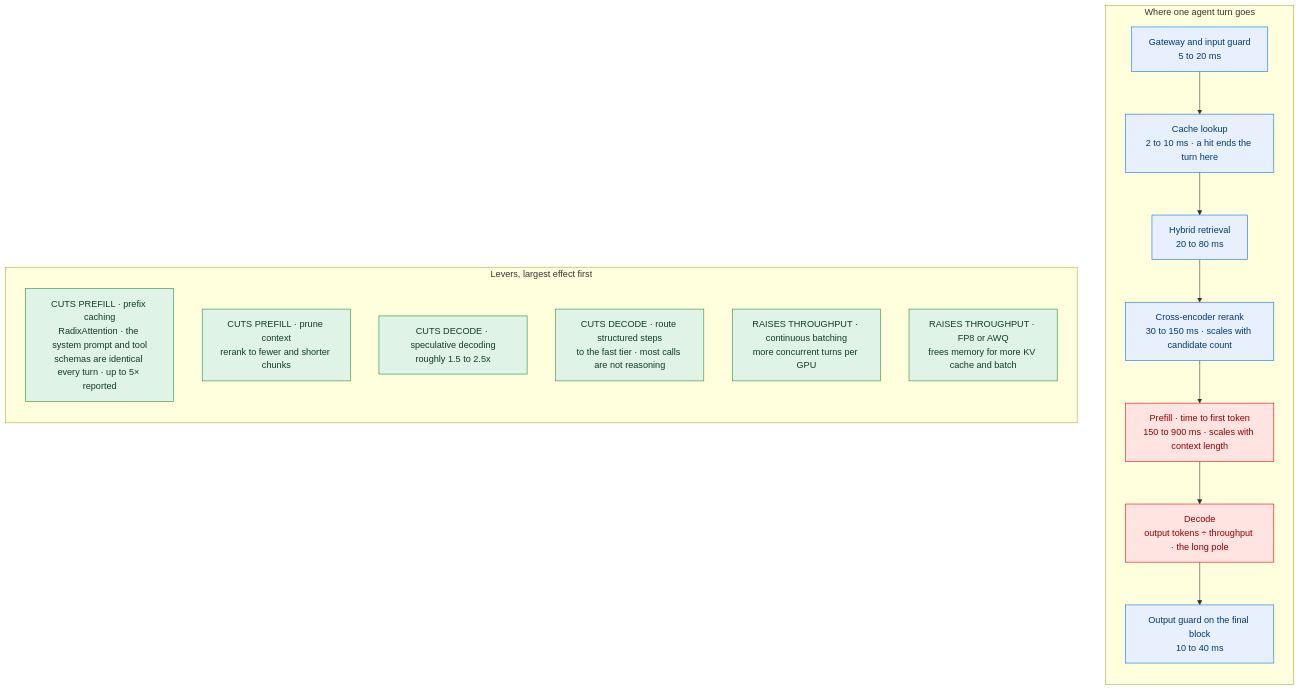
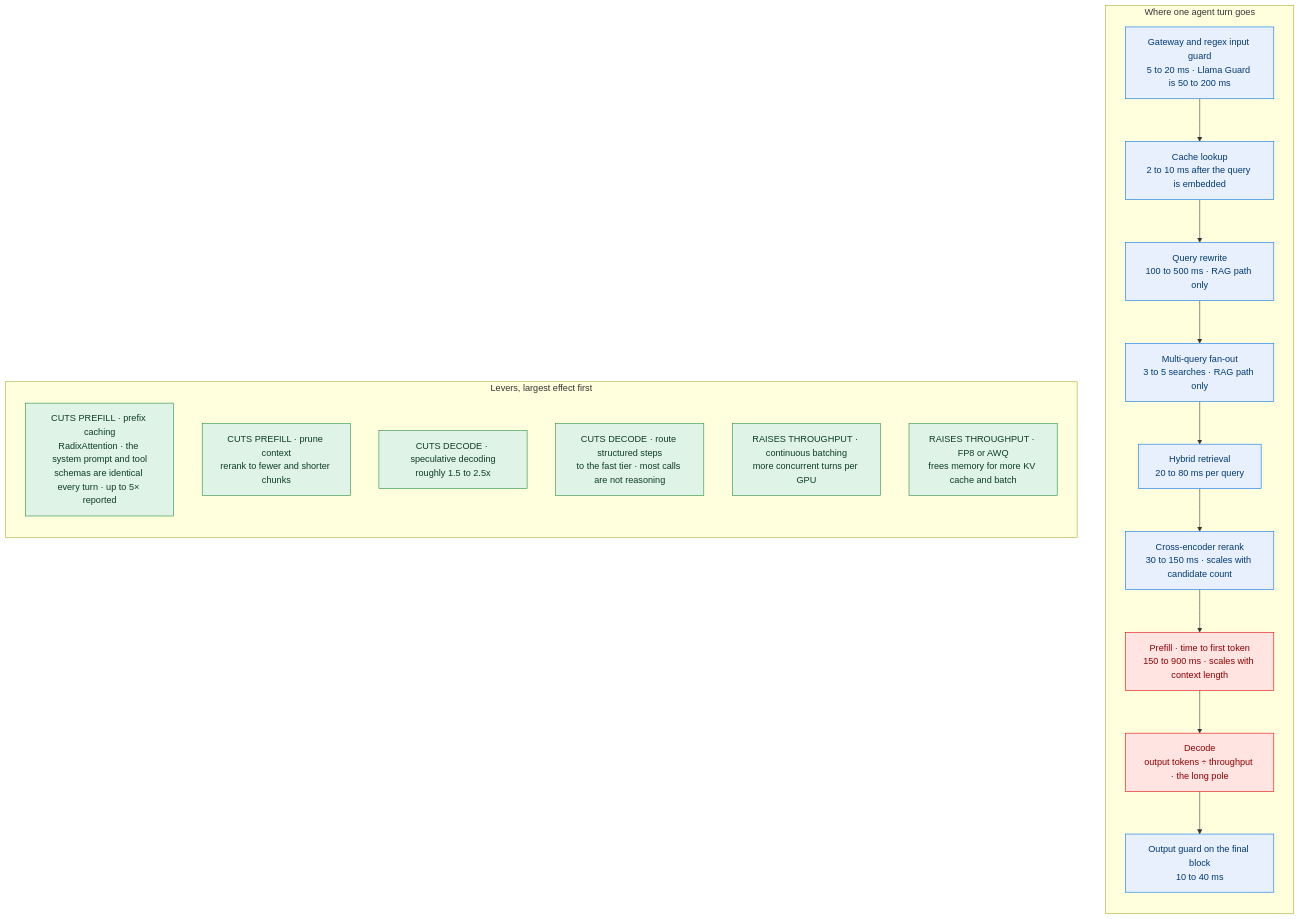
The diagram in diagrams/src/latency-budget.mmd (mlvpatel/open-weight-agent-stack), drawn with Mermaid before and after one commit. The commit also changed 56 other files, not shown here.

```diff
--- a/diagrams/src/latency-budget.mmd
+++ b/diagrams/src/latency-budget.mmd
@@ -1,31 +1,33 @@
 flowchart TB
     subgraph BUDGET["Where one agent turn goes"]
         direction TB
-        L1["Gateway and input guard<br/>5 to 20 ms"]
-        L2["Cache lookup<br/>2 to 10 ms · a hit ends the turn here"]
-        L3["Hybrid retrieval<br/>20 to 80 ms"]
+        L1["Gateway and regex input guard<br/>5 to 20 ms · Llama Guard is 50 to 200 ms"]
+        L2["Cache lookup<br/>2 to 10 ms after the query is embedded"]
+        L2b["Query rewrite<br/>100 to 500 ms · RAG path only"]
+        L2c["Multi-query fan-out<br/>3 to 5 searches · RAG path only"]
+        L3["Hybrid retrieval<br/>20 to 80 ms per query"]
         L4["Cross-encoder rerank<br/>30 to 150 ms · scales with candidate count"]
         L5["Prefill · time to first token<br/>150 to 900 ms · scales with context length"]
         L6["Decode<br/>output tokens ÷ throughput · the long pole"]
         L7["Output guard on the final block<br/>10 to 40 ms"]
     end
 
     subgraph LEVERS["Levers, largest effect first"]
         direction TB
         V1["CUTS PREFILL · prefix caching<br/>RadixAttention · the system prompt and tool<br/>schemas are identical every turn · up to 5× reported"]
         V5["CUTS PREFILL · prune context<br/>rerank to fewer and shorter chunks"]
         V3["CUTS DECODE · speculative decoding<br/>roughly 1.5 to 2.5x"]
         V6["CUTS DECODE · route structured steps<br/>to the fast tier · most calls are not reasoning"]
         V2["RAISES THROUGHPUT · continuous batching<br/>more concurrent turns per GPU"]
         V4["RAISES THROUGHPUT · FP8 or AWQ<br/>frees memory for more KV cache and batch"]
     end
 
-    L1 --> L2 --> L3 --> L4 --> L5 --> L6 --> L7
+    L1 --> L2 --> L2b --> L2c --> L3 --> L4 --> L5 --> L6 --> L7
 
     classDef step fill:#e8f0fe,stroke:#0071e3,color:#003a70
     classDef hot fill:#ffe4e2,stroke:#e30000,color:#8f0000
     classDef lever fill:#dff3e6,stroke:#248a3d,color:#0f3d23
 
-    class L1,L2,L3,L4,L7 step
+    class L1,L2,L2b,L2c,L3,L4,L7 step
     class L5,L6 hot
     class V1,V2,V3,V4,V5,V6 lever
```
